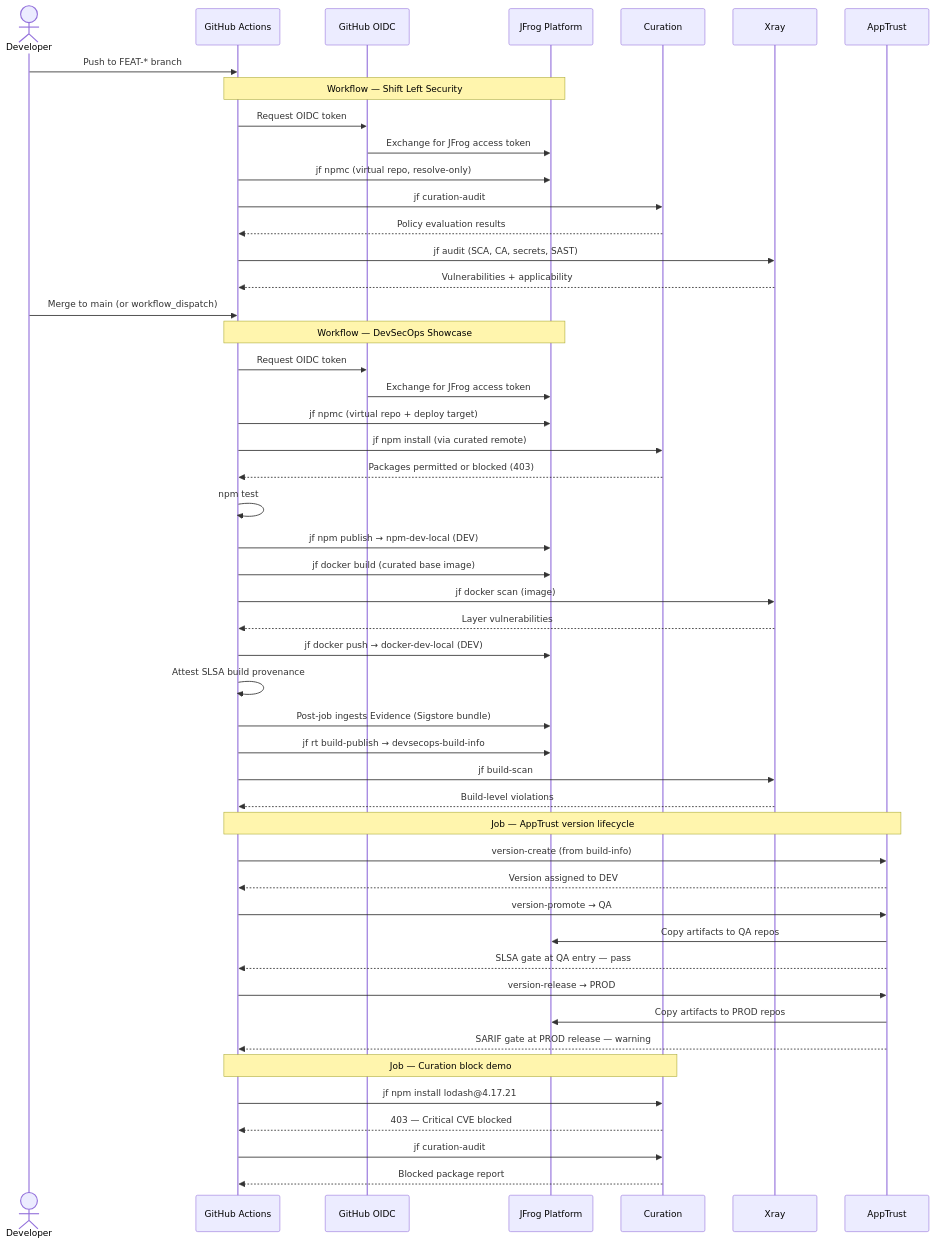
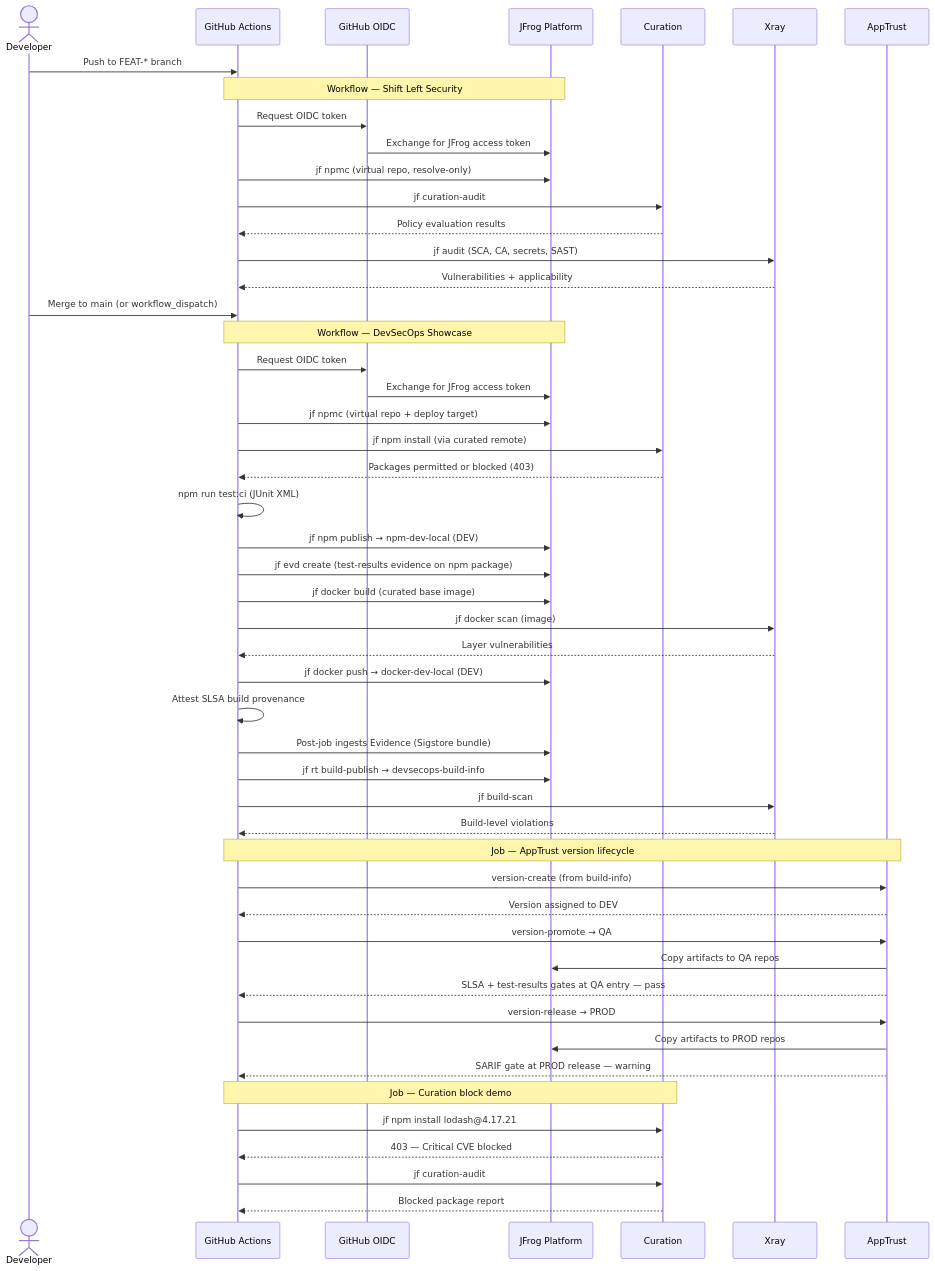
One commit to tomjfrog/jfrog-basic-implementation changed the diagram in README.md. Above: the diagram before and after it, drawn with Mermaid. The commit also changed other lines of this file and 6 other files, not shown here.

First line of the commit message:
Attach test-results evidence to published npm package

````diff
--- a/README.md
+++ b/README.md
@@ -120,61 +122,62 @@
 ```mermaid
 sequenceDiagram
     actor Dev as Developer
     participant GHA as GitHub Actions
     participant OIDC as GitHub OIDC
     participant JF as JFrog Platform
     participant Cur as Curation
     participant Xray as Xray
     participant AT as AppTrust
 
     Dev->>GHA: Push to FEAT-* branch
 
     Note over GHA,JF: Workflow — Shift Left Security
 
     GHA->>OIDC: Request OIDC token
     OIDC->>JF: Exchange for JFrog access token
     GHA->>JF: jf npmc (virtual repo, resolve-only)
     GHA->>Cur: jf curation-audit
     Cur-->>GHA: Policy evaluation results
     GHA->>Xray: jf audit (SCA, CA, secrets, SAST)
     Xray-->>GHA: Vulnerabilities + applicability
 
     Dev->>GHA: Merge to main (or workflow_dispatch)
 
     Note over GHA,JF: Workflow — DevSecOps Showcase
 
     GHA->>OIDC: Request OIDC token
     OIDC->>JF: Exchange for JFrog access token
     GHA->>JF: jf npmc (virtual repo + deploy target)
     GHA->>Cur: jf npm install (via curated remote)
     Cur-->>GHA: Packages permitted or blocked (403)
-    GHA->>GHA: npm test
+    GHA->>GHA: npm run test:ci (JUnit XML)
     GHA->>JF: jf npm publish → npm-dev-local (DEV)
+    GHA->>JF: jf evd create (test-results evidence on npm package)
     GHA->>JF: jf docker build (curated base image)
     GHA->>Xray: jf docker scan (image)
     Xray-->>GHA: Layer vulnerabilities
     GHA->>JF: jf docker push → docker-dev-local (DEV)
     GHA->>GHA: Attest SLSA build provenance
     GHA->>JF: Post-job ingests Evidence (Sigstore bundle)
     GHA->>JF: jf rt build-publish → devsecops-build-info
     GHA->>Xray: jf build-scan
     Xray-->>GHA: Build-level violations
 
     Note over GHA,AT: Job — AppTrust version lifecycle
 
     GHA->>AT: version-create (from build-info)
     AT-->>GHA: Version assigned to DEV
     GHA->>AT: version-promote → QA
     AT->>JF: Copy artifacts to QA repos
-    AT-->>GHA: SLSA gate at QA entry — pass
+    AT-->>GHA: SLSA + test-results gates at QA entry — pass
     GHA->>AT: version-release → PROD
     AT->>JF: Copy artifacts to PROD repos
     AT-->>GHA: SARIF gate at PROD release — warning
 
     Note over GHA,Cur: Job — Curation block demo
 
     GHA->>Cur: jf npm install lodash@4.17.21
     Cur-->>GHA: 403 — Critical CVE blocked
     GHA->>Cur: jf curation-audit
     Cur-->>GHA: Blocked package report
 ```
````
